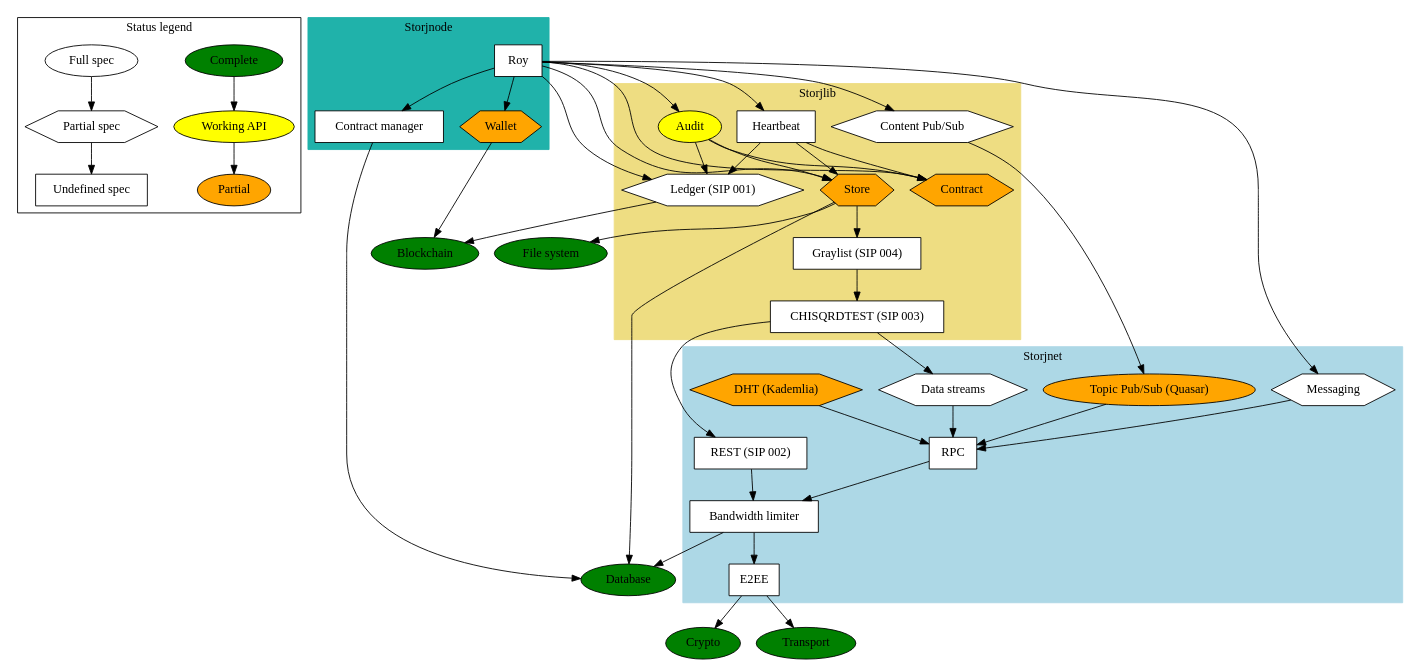
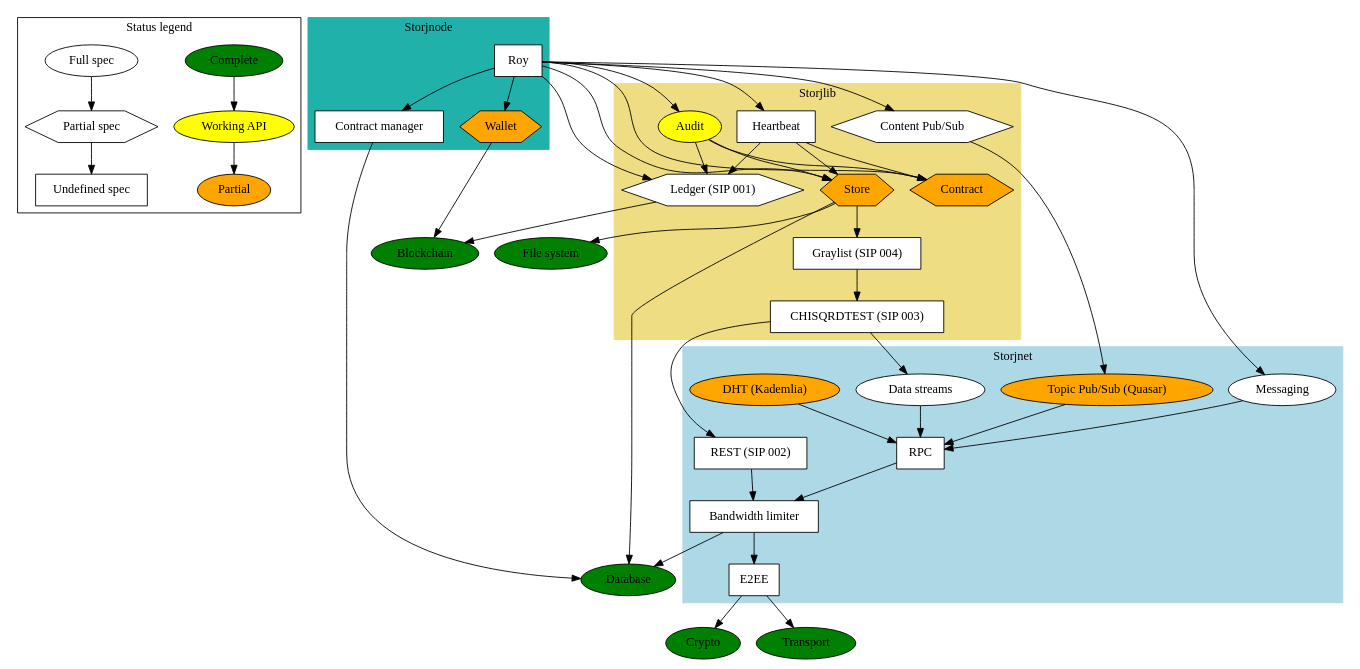
One commit to StorjOld/storjspec changed the diagram in status.dot. Above: the diagram before and after it, drawn with Graphviz. The commit also changed 2 other files, not shown here.

```diff
--- a/status.dot
+++ b/status.dot
@@ -1,109 +1,109 @@
 // syntax guide: http://www.graphviz.org/pdf/dotguide.pdf
 // compile png: `dot -Tpng status.dot -o status.png`
 // compile pdf: `dot -Tpdf status.dot -o status.pdf`
 
 
 digraph G {
     node [shape="box", style="filled", color="black", fillcolor="white"];
 
     // LEGEND
     subgraph cluster_0 {
         label = "Status legend";
 
         "Complete" [fillcolor=green, shape=ellipse];
         "Working API" [fillcolor=yellow, shape=ellipse];
         "Partial" [fillcolor=orange, shape=ellipse];
 
         "Full spec" [shape=ellipse];
         "Partial spec" [shape=hexagon];
         "Undefined spec" [shape=box];
     };
     "Complete" -> "Working API" -> "Partial";
     "Full spec" -> "Partial spec" -> "Undefined spec";
 
 
     // STORJNET
     subgraph cluster_1 {
         label = "Storjnet";
         style=filled;
         color=lightblue;
 
-        "DHT (Kademlia)" [fillcolor=orange, shape=hexagon];
+        "DHT (Kademlia)" [fillcolor=orange, shape=ellipse];
         "Topic Pub/Sub (Quasar)" [fillcolor=orange, shape=ellipse]; // enable publishing and subscribing to events
-        "Data streams" [shape=hexagon]; // full duplex data transfer
-        "Messaging" [shape=hexagon]; // to shortcut the pubsub after peer found
+        "Data streams" [shape=ellipse]; // full duplex data transfer
+        "Messaging" [shape=ellipse]; // to shortcut the pubsub after peer found
         "RPC"; // rpc calls and data transfer between clients
         "E2EE"; // End-to-end encryption
         "Bandwidth limiter";
         "REST (SIP 002)"; // put/get shards
     };
     "DHT (Kademlia)" -> "RPC";
     "Topic Pub/Sub (Quasar)" -> "RPC";
     "Messaging" -> "RPC";
     "Data streams" -> "RPC";
     "RPC" -> "Bandwidth limiter";
     "REST (SIP 002)" -> "Bandwidth limiter";
     "Bandwidth limiter" -> "E2EE";
     "E2EE" -> "Crypto";
     "E2EE" -> "Transport";
     "Bandwidth limiter" -> "Database";
 
     // STORJLIB
     subgraph cluster_2 {
         label = "Storjlib";
         style=filled;
         color=lightgoldenrod;
 
         "Contract" [fillcolor=orange, shape=hexagon]; // terms of a storage contract between peers
         "Audit" [fillcolor=yellow, shape=ellipse]; // track state of a contract over time
         "Store" [fillcolor=orange, shape=hexagon];
         "Heartbeat";
         "Ledger (SIP 001)" [shape=hexagon];
         "Graylist (SIP 004)";
         "CHISQRDTEST (SIP 003)";
         "Content Pub/Sub" [shape=hexagon]; // enable publishing and subscribing to events
     };
     "Content Pub/Sub" -> "Topic Pub/Sub (Quasar)";
     "Audit" -> "Contract"; // when/how to perform the audit
     "Audit" -> "Store"; // perform audit challange
     "Audit" -> "Ledger (SIP 001)"; // save result in ledger
     "Heartbeat" -> "Contract";
     "Heartbeat" -> "Store"; // perform heartbeat challange
     "Heartbeat" -> "Ledger (SIP 001)"; // save result in ledger
     "Store" -> "File system";
     "Store" -> "Graylist (SIP 004)";
     "Store" -> "Database";
     "Ledger (SIP 001)" -> "Blockchain";
     "Graylist (SIP 004)" -> "CHISQRDTEST (SIP 003)";
     "CHISQRDTEST (SIP 003)" -> "Data streams";
     "CHISQRDTEST (SIP 003)" -> "REST (SIP 002)";
 
     // STORJNODE
     subgraph cluster_3 {
         label = "Storjnode";
         style=filled;
         color=lightseagreen;
 
         "Roy"; // for sending/receiving of funds for services used 
         "Wallet" [fillcolor=orange, shape=hexagon];
         "Contract manager"; // Store contracts
     };
     "Roy" -> "Contract manager";
     "Contract manager" -> "Database";
     "Wallet" -> "Blockchain";
     "Roy" -> "Content Pub/Sub"; // ask/bid on contracts
     "Roy" -> "Messaging";
     "Roy" -> "Audit"; // perform audits
     "Roy" -> "Contract"; // verify agreed to use/provide a service
     "Roy" -> "Heartbeat";
     "Roy" -> "Ledger (SIP 001)"; // verify service was used/provided
     "Roy" -> "Wallet"; // transfer funds
     "Roy" -> "Store";
 
     // EXTERNAL
     "File system" [fillcolor=green, shape=ellipse];
     "Crypto" [fillcolor=green, shape=ellipse];
     "Database" [fillcolor=green, shape=ellipse];
     "Blockchain" [fillcolor=green, shape=ellipse];
     "Transport" [fillcolor=green, shape=ellipse];
 }
```
